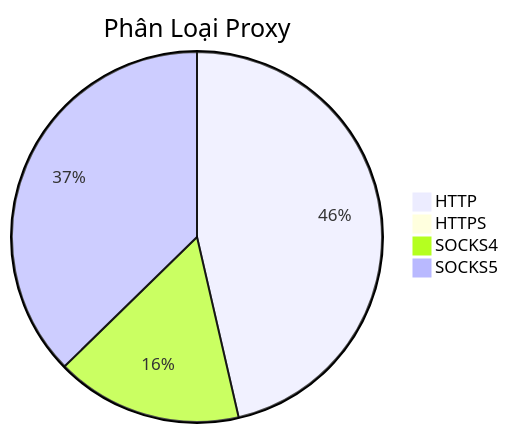
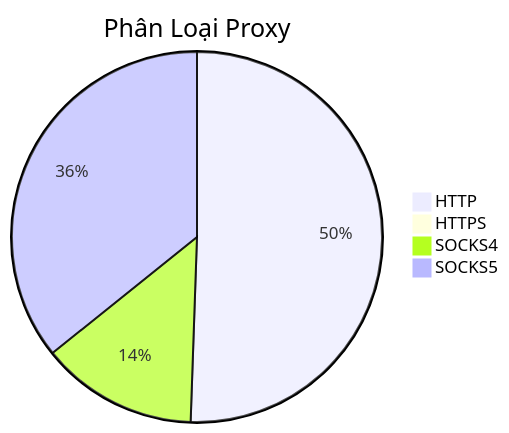
The diagram in README.md (Ciara-Aa/PROXY-free), drawn with Mermaid before and after one commit. The commit also changed other lines of this file and 4 other files, not shown here.

````diff
--- a/README.md
+++ b/README.md
@@ -26,7 +26,7 @@
 ```mermaid
 pie title Phân Loại Proxy
-    "HTTP" : 276
-    "HTTPS" : 5
-    "SOCKS4" : 97
-    "SOCKS5" : 222
+    "HTTP" : 277
+    "HTTPS" : 2
+    "SOCKS4" : 75
+    "SOCKS5" : 196
 ```
````
